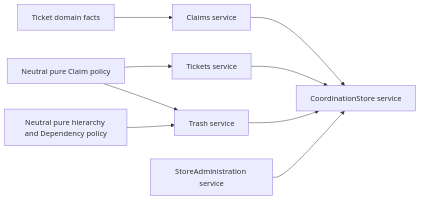
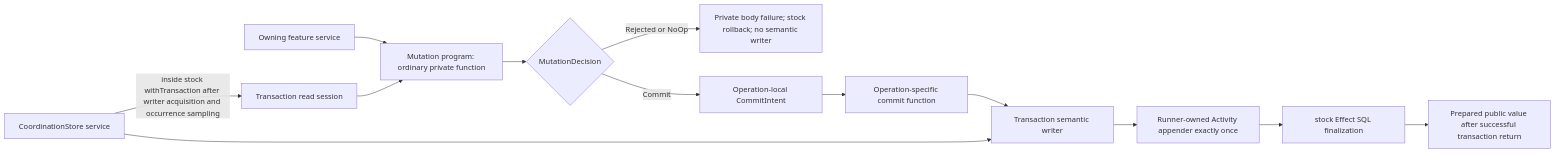
The fifth of 9 diagrams in specs/lean-v1/technical-design.md (urban/task-manager), drawn with Mermaid before and after one commit. The commit also changed other lines of this file and 3 other files, not shown here.

First line of the commit message:
Adopt stock Effect SQL for Lean V1 persistence

````diff
--- a/specs/lean-v1/technical-design.md
+++ b/specs/lean-v1/technical-design.md
@@ -336,11 +343,15 @@
 ```mermaid
 flowchart LR
-  TicketDomain["Ticket domain facts"] --> Claims["Claims service"]
-  ClaimPolicy["Neutral pure Claim policy"] --> Tickets["Tickets service"]
-  ClaimPolicy --> Trash["Trash service"]
-  TicketPolicy["Neutral pure hierarchy and Dependency policy"] --> Trash
-  Admin["StoreAdministration service"] --> Store["CoordinationStore service"]
-  Tickets --> Store
-  Claims --> Store
-  Trash --> Store
+  Feature["Owning feature service"] --> Program["Mutation program: ordinary private function"]
+  Store["CoordinationStore service"] -->|inside stock withTransaction after writer acquisition and occurrence sampling| Read["Transaction read session"]
+  Read --> Program
+  Program --> Decision{"MutationDecision"}
+  Decision -->|Rejected or NoOp| Cleanup["Private body failure; stock rollback; no semantic writer"]
+  Decision -->|Commit| Intent["Operation-local CommitIntent"]
+  Intent --> Commit["Operation-specific commit function"]
+  Store --> Writer["Transaction semantic writer"]
+  Commit --> Writer
+  Writer --> Appender["Runner-owned Activity appender exactly once"]
+  Appender --> CommitTruth["stock Effect SQL finalization"]
+  CommitTruth --> Result["Prepared public value after successful transaction return"]
 ```
````
